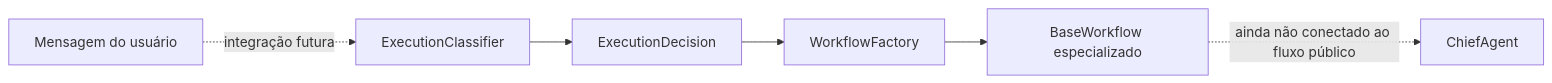
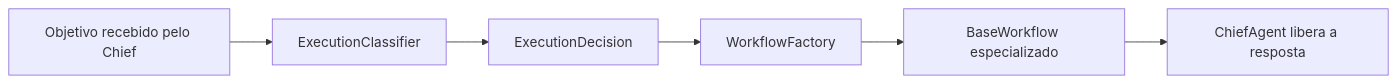
Before and after one commit to eltonjr13/kaoz.1: the fifth of 5 diagrams in docs/WORKFLOW_FACTORY.md, drawn with Mermaid. The commit also changed other lines of this file and 31 other files, not shown here.

Commit message:
multi-agent orchestration architecture including chief, execution, workflow, and flow agent services

````diff
--- a/docs/WORKFLOW_FACTORY.md
+++ b/docs/WORKFLOW_FACTORY.md
@@ -107,8 +107,8 @@
 ```mermaid
 flowchart LR
-    U["Mensagem do usuário"] -. "integração futura" .-> EC["ExecutionClassifier"]
+    U["Objetivo recebido pelo Chief"] --> EC["ExecutionClassifier"]
     EC --> ED["ExecutionDecision"]
     ED --> WF["WorkflowFactory"]
     WF --> W["BaseWorkflow especializado"]
-    W -. "ainda não conectado ao fluxo público" .-> C["ChiefAgent"]
+    W --> C["ChiefAgent libera a resposta"]
 ```
````
